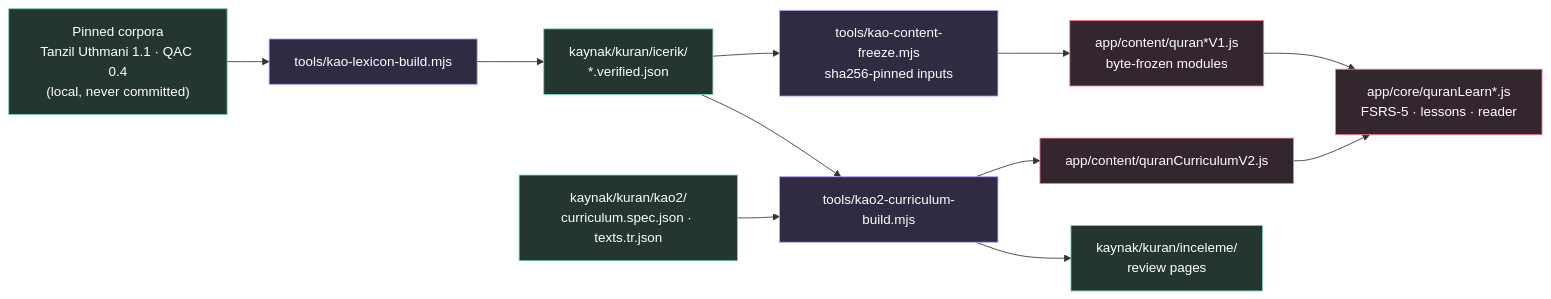
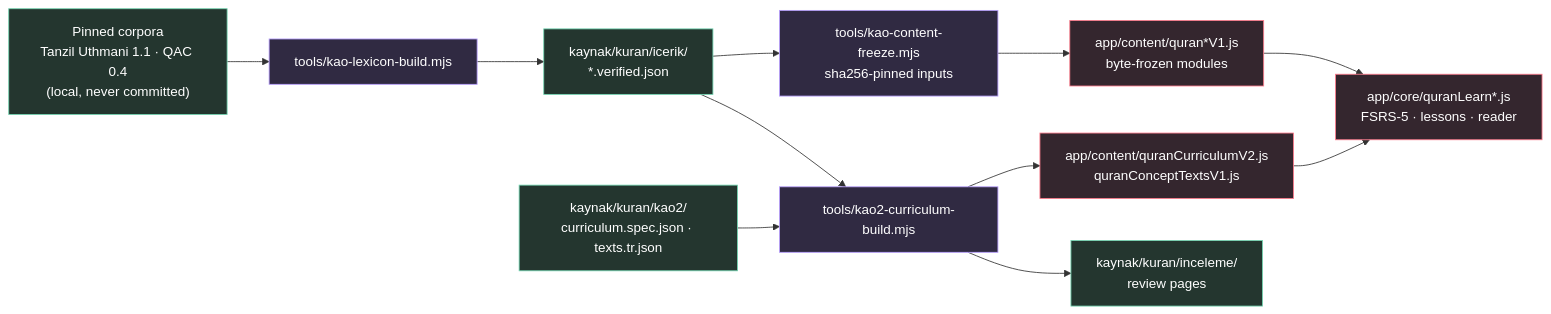
Diagram 11 of 12 in README.md (mustafaras/s), drawn with Mermaid before and after one commit. The commit also changed other lines of this file, not shown here.

````diff
--- a/README.md
+++ b/README.md
@@ -541,20 +1307,20 @@
 ```mermaid
 flowchart LR
     IN["Pinned corpora<br/>Tanzil Uthmani 1.1 · QAC 0.4<br/>(local, never committed)"] --> LEX["tools/kao-lexicon-build.mjs"]
     LEX --> VER["kaynak/kuran/icerik/<br/>*.verified.json"]
     SPEC["kaynak/kuran/kao2/<br/>curriculum.spec.json · texts.tr.json"] --> CUR["tools/kao2-curriculum-build.mjs"]
     VER --> FRZ["tools/kao-content-freeze.mjs<br/>sha256-pinned inputs"]
     FRZ --> MODS["app/content/quran*V1.js<br/>byte-frozen modules"]
     VER --> CUR
-    CUR --> CMOD["app/content/quranCurriculumV2.js"]
+    CUR --> CMOD["app/content/quranCurriculumV2.js<br/>quranConceptTextsV1.js"]
     CUR --> REV["kaynak/kuran/inceleme/<br/>review pages"]
     MODS --> RT["app/core/quranLearn*.js<br/>FSRS-5 · lessons · reader"]
     CMOD --> RT
 
     classDef src fill:#24362f,stroke:#73d6b2,color:#fff;
     classDef tool fill:#302a42,stroke:#b9a0ff,color:#fff;
     classDef out fill:#34262e,stroke:#ff7c8d,color:#fff;
     class IN,VER,SPEC,REV src;
     class LEX,CUR,FRZ tool;
     class MODS,CMOD,RT out;
 ```
````
